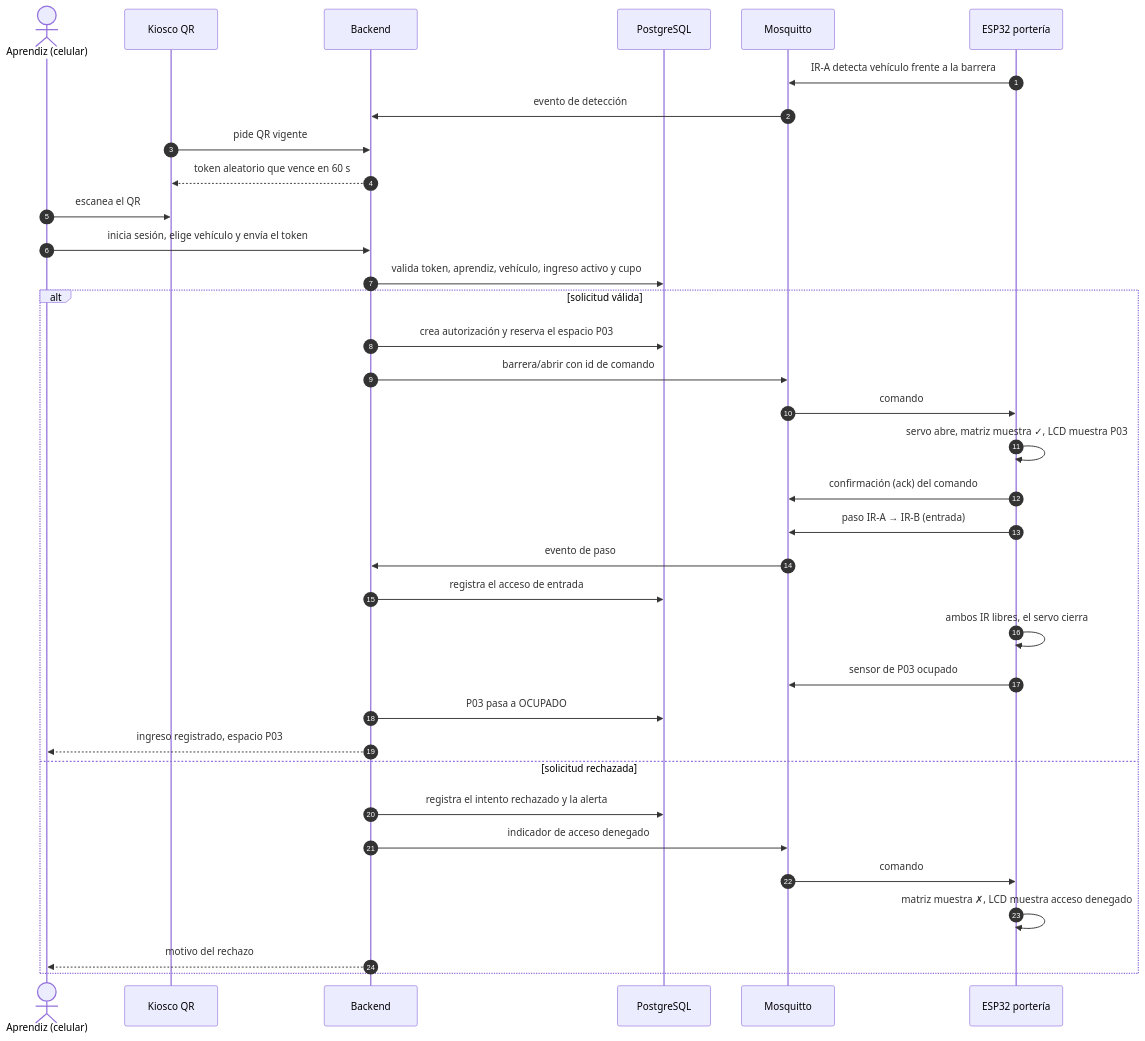
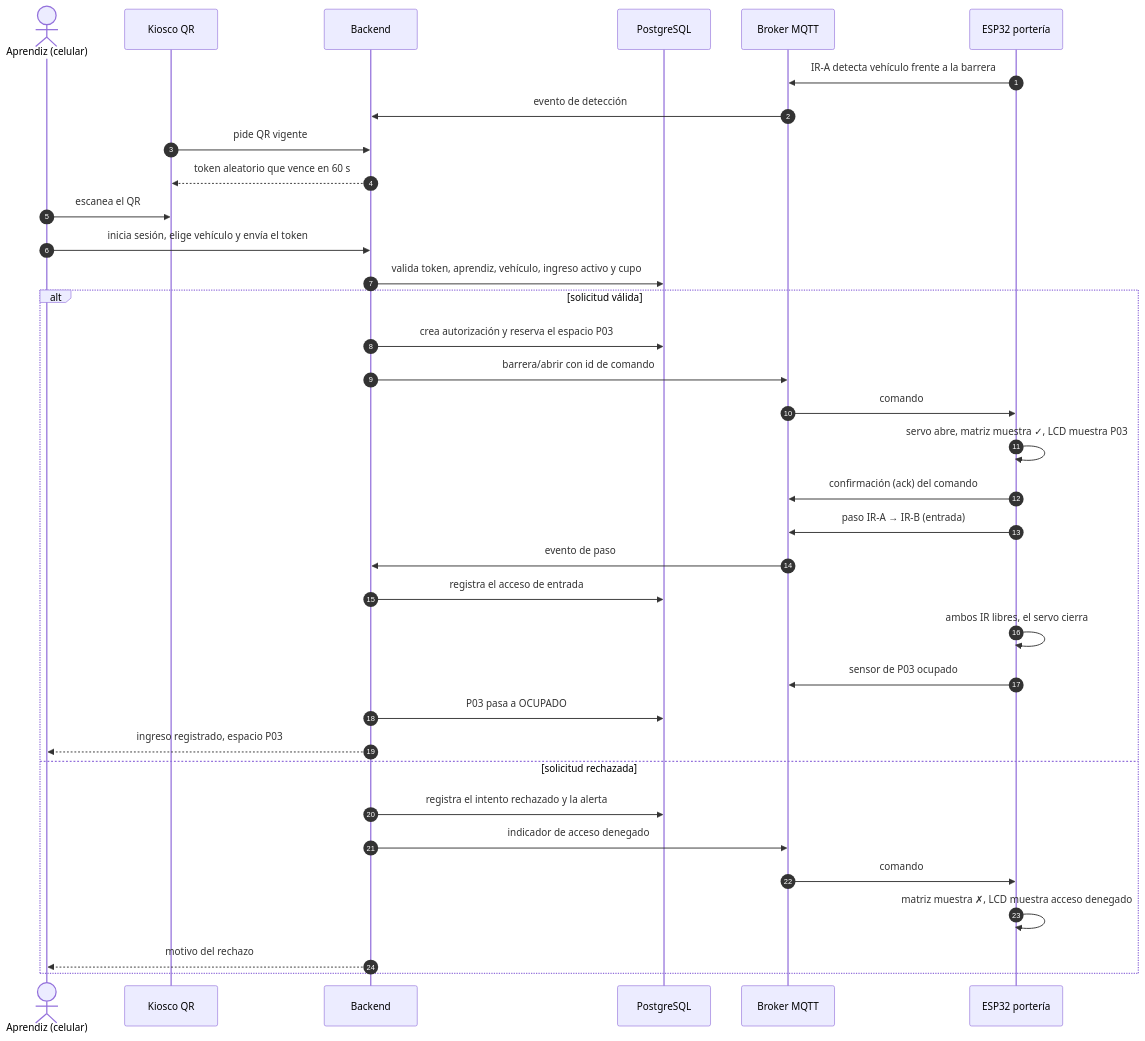
The second of 4 diagrams in docs/03-arquitectura.md (F5Alejo/Control_Personal_Sena), drawn with Mermaid before and after one commit. The commit also changed other lines of this file and 5 other files, not shown here.

````diff
--- a/docs/03-arquitectura.md
+++ b/docs/03-arquitectura.md
@@ -55,38 +55,38 @@
 ```mermaid
 sequenceDiagram
     autonumber
     actor Ap as Aprendiz (celular)
     participant K as Kiosco QR
     participant API as Backend
     participant DB as PostgreSQL
-    participant MQ as Mosquitto
+    participant MQ as Broker MQTT
     participant E as ESP32 portería
 
     E->>MQ: IR-A detecta vehículo frente a la barrera
     MQ->>API: evento de detección
     K->>API: pide QR vigente
     API-->>K: token aleatorio que vence en 60 s
     Ap->>K: escanea el QR
     Ap->>API: inicia sesión, elige vehículo y envía el token
     API->>DB: valida token, aprendiz, vehículo, ingreso activo y cupo
     alt solicitud válida
         API->>DB: crea autorización y reserva el espacio P03
         API->>MQ: barrera/abrir con id de comando
         MQ->>E: comando
         E->>E: servo abre, matriz muestra ✓, LCD muestra P03
         E->>MQ: confirmación (ack) del comando
         E->>MQ: paso IR-A → IR-B (entrada)
         MQ->>API: evento de paso
         API->>DB: registra el acceso de entrada
         E->>E: ambos IR libres, el servo cierra
         E->>MQ: sensor de P03 ocupado
         API->>DB: P03 pasa a OCUPADO
         API-->>Ap: ingreso registrado, espacio P03
     else solicitud rechazada
         API->>DB: registra el intento rechazado y la alerta
         API->>MQ: indicador de acceso denegado
         MQ->>E: comando
         E->>E: matriz muestra ✗, LCD muestra acceso denegado
         API-->>Ap: motivo del rechazo
     end
 ```
````
